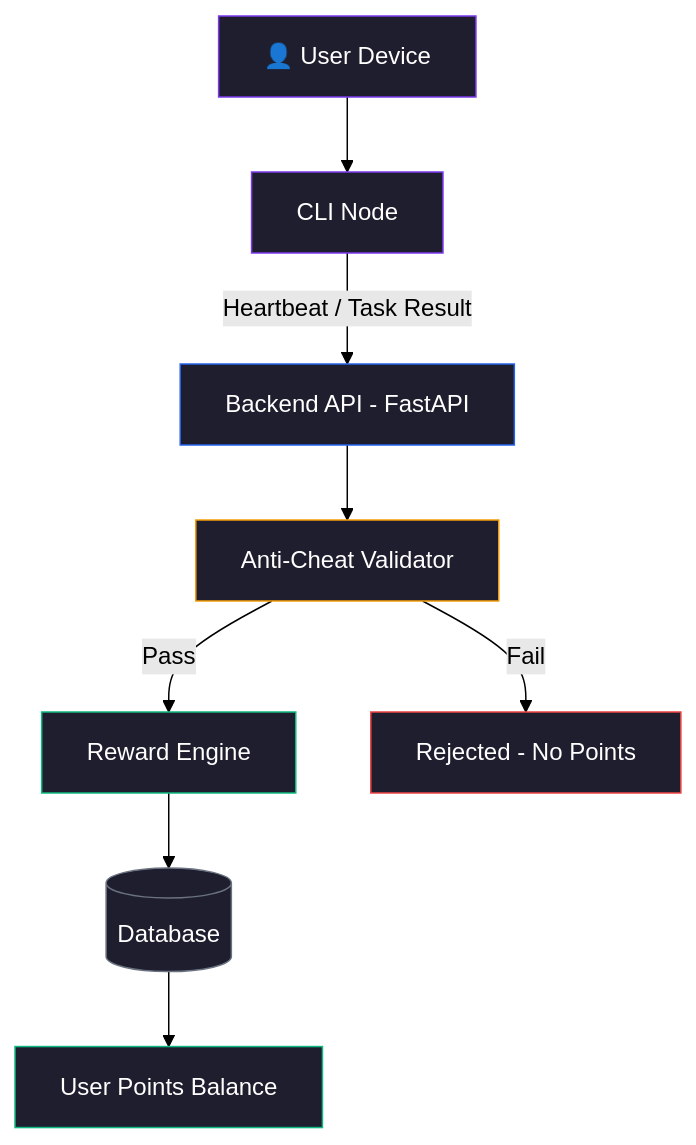
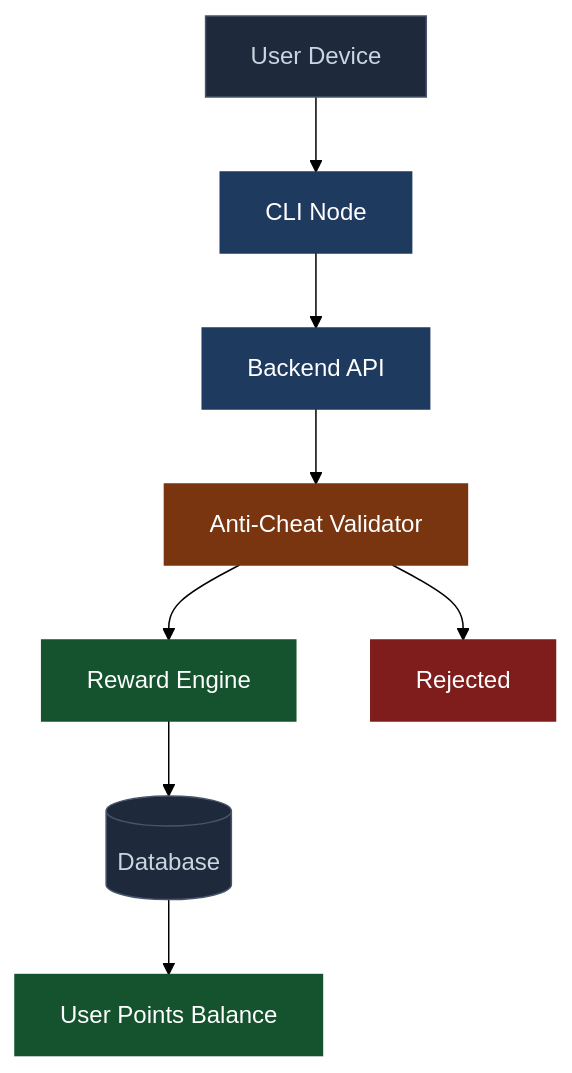
The first of 2 diagrams in how-it-works.md (Nexora-Node/Docs), drawn with Mermaid (forest theme) before and after one commit. The commit also changed other lines of this file and 5 other files, not shown here.

Commit message:
docs: fix diagram bugs, unify color palette, remove bidirectional arrows

````diff
--- a/how-it-works.md
+++ b/how-it-works.md
@@ -7,19 +7,19 @@
 ```mermaid
 graph TD
-    A[👤 User Device] --> B[CLI Node]
-    B -->|Heartbeat / Task Result| C[Backend API - FastAPI]
+    A[User Device] --> B[CLI Node]
+    B --> C[Backend API]
     C --> D[Anti-Cheat Validator]
-    D -->|Pass| E[Reward Engine]
-    D -->|Fail| F[Rejected - No Points]
+    D --> E[Reward Engine]
+    D --> F[Rejected]
     E --> G[(Database)]
     G --> H[User Points Balance]
 
-    style A fill:#1e1e2e,stroke:#7c3aed,color:#fff
-    style B fill:#1e1e2e,stroke:#7c3aed,color:#fff
-    style C fill:#1e1e2e,stroke:#2563eb,color:#fff
-    style D fill:#1e1e2e,stroke:#f59e0b,color:#fff
-    style E fill:#1e1e2e,stroke:#10b981,color:#fff
-    style F fill:#1e1e2e,stroke:#ef4444,color:#fff
-    style G fill:#1e1e2e,stroke:#6b7280,color:#fff
-    style H fill:#1e1e2e,stroke:#10b981,color:#fff
+    style A fill:#1e293b,stroke:#475569,color:#cbd5e1
+    style B fill:#1e3a5f,stroke:#1e3a5f,color:#fff
+    style C fill:#1e3a5f,stroke:#1e3a5f,color:#fff
+    style D fill:#78350f,stroke:#78350f,color:#fff
+    style E fill:#14532d,stroke:#14532d,color:#fff
+    style F fill:#7f1d1d,stroke:#7f1d1d,color:#fff
+    style G fill:#1e293b,stroke:#475569,color:#cbd5e1
+    style H fill:#14532d,stroke:#14532d,color:#fff
 ```
````
